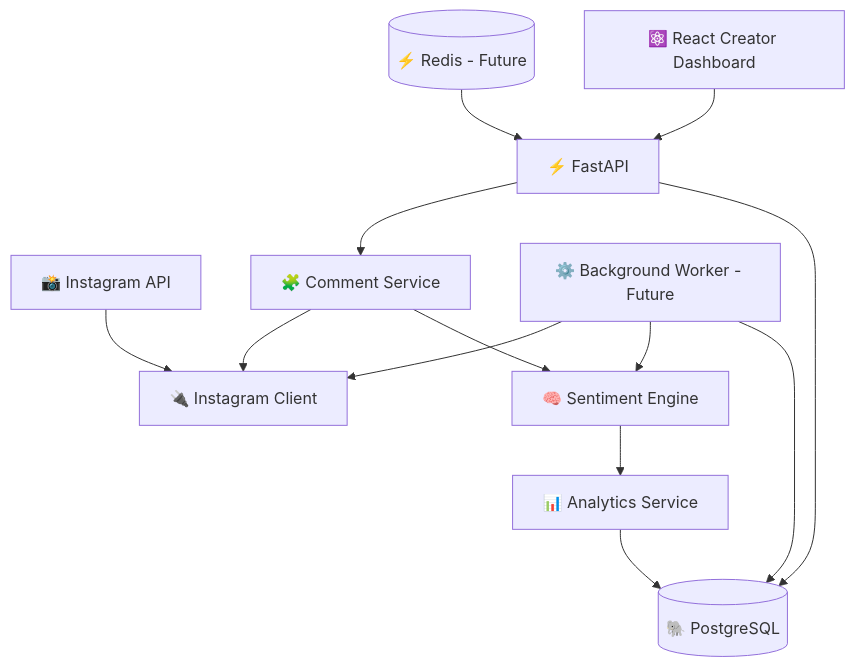
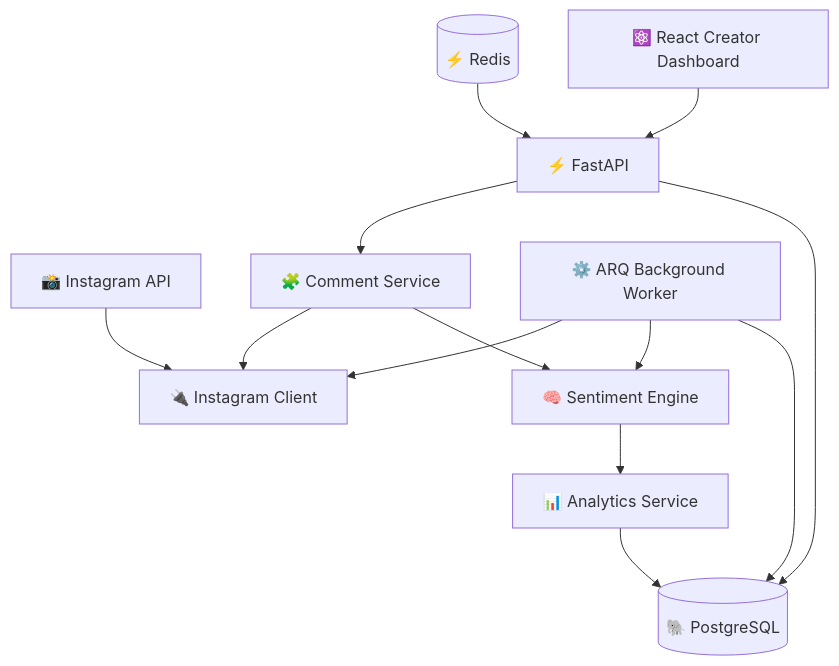
Before and after one commit to summiya/Veya: the diagram in README.md, drawn with Mermaid.

Commit message:
docs: update README for automatic background sync

````diff
--- a/README.md
+++ b/README.md
@@ -227,26 +227,26 @@
 ```mermaid
 flowchart TD
     IG[📸 Instagram API]
     API[⚡ FastAPI]
     CLIENT[🔌 Instagram Client]
     SERVICE[🧩 Comment Service]
     NLP[🧠 Sentiment Engine]
     ANALYTICS[📊 Analytics Service]
     DB[(🐘 PostgreSQL)]
-    CACHE[(⚡ Redis - Future)]
-    WORKER[⚙️ Background Worker - Future]
+    CACHE[(⚡ Redis)]
+    WORKER[⚙️ ARQ Background Worker]
     UI[⚛️ React Creator Dashboard]
 
     IG --> CLIENT
     API --> SERVICE
     SERVICE --> CLIENT
     SERVICE --> NLP
     NLP --> ANALYTICS
     ANALYTICS --> DB
     API --> DB
     WORKER --> CLIENT
     WORKER --> NLP
     WORKER --> DB
     CACHE --> API
     UI --> API
 ```
````
